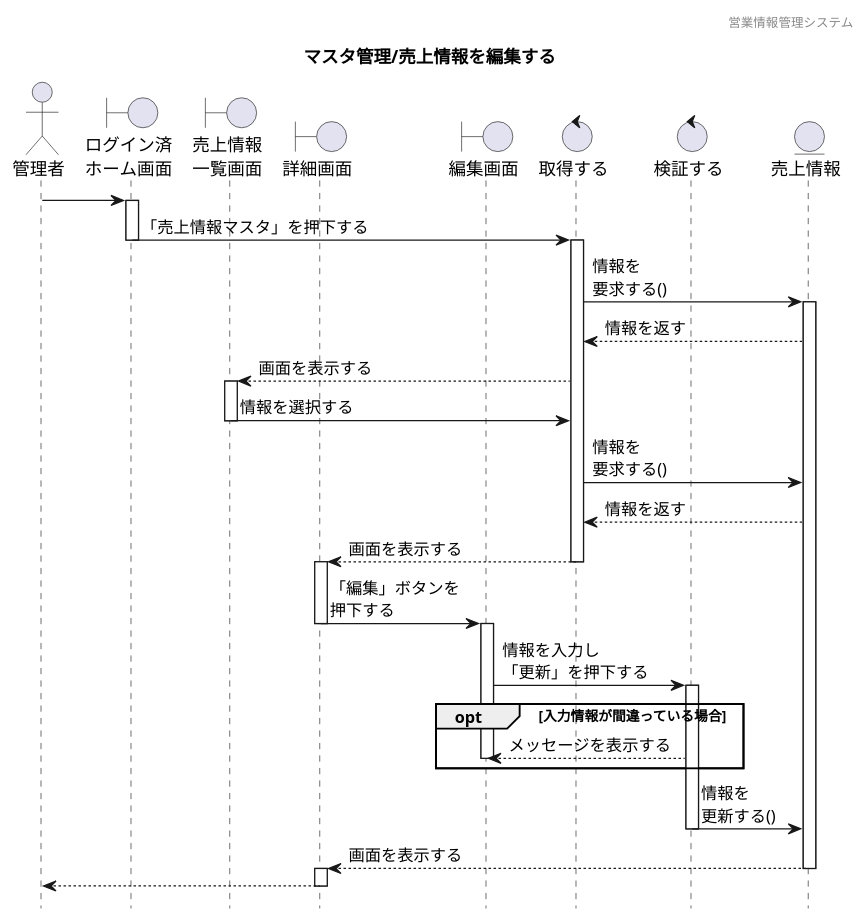
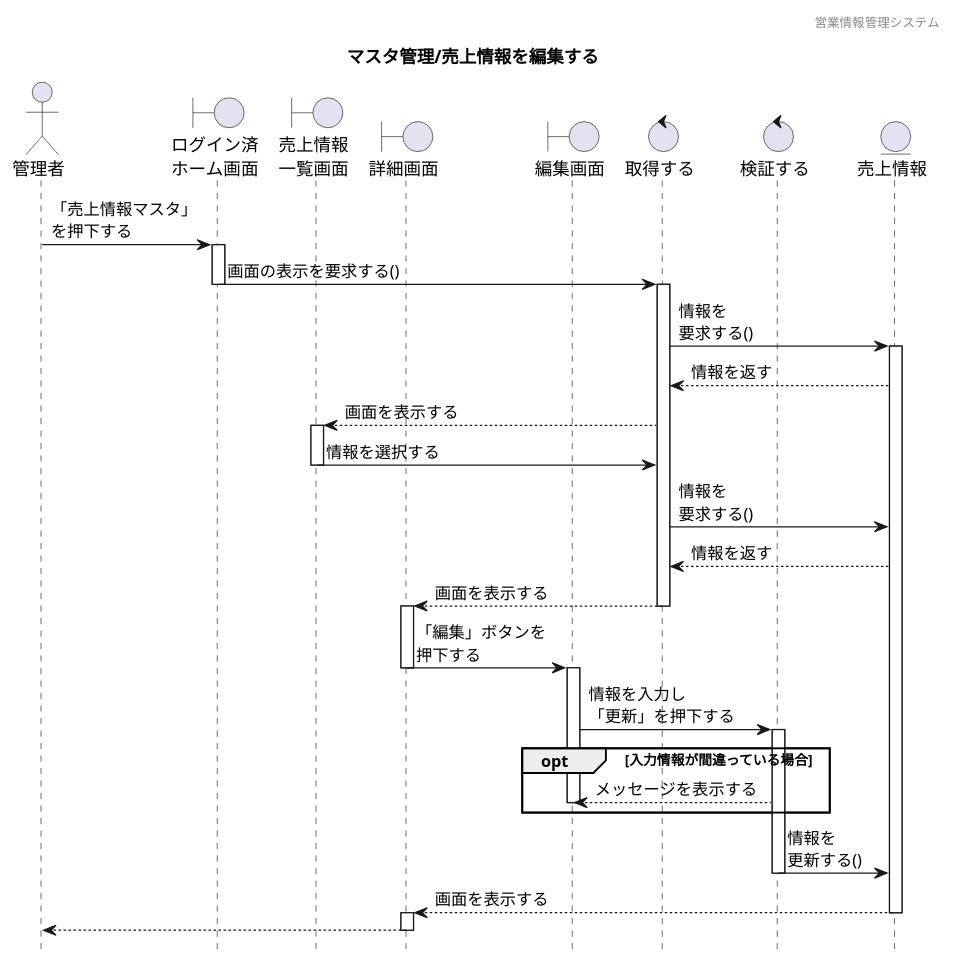
The diagram in 各種設計書/4シーケンス図/マスタ管理/6.売上情報マスタ/売上情報管理_編集.plantuml (HaruShim/Sotuken), drawn with PlantUML before and after one commit. The commit also changed 2 other files, not shown here.

```diff
--- a/各種設計書/4シーケンス図/マスタ管理/6.売上情報マスタ/売上情報管理_編集.plantuml
+++ b/各種設計書/4シーケンス図/マスタ管理/6.売上情報マスタ/売上情報管理_編集.plantuml
@@ -1,56 +1,56 @@
 @startuml sequence
 
 hide footbox
 header 営業情報管理システム
 title マスタ管理/売上情報を編集する
 
 ' actor "" as a
 actor "管理者" as a1
 
 ' boundary "" as b
 boundary "ログイン済\nホーム画面" as b1
 boundary "売上情報\n一覧画面" as b2
 boundary "詳細画面" as b3
 boundary "編集画面" as b4
 
 ' control "" as c
 control "取得する" as c1
 control "検証する" as c2
 
 ' entity "" as e
 entity "売上情報" as e1
 
-a1 -> b1
+a1 -> b1 :「売上情報マスタ」\nを押下する
 activate b1
-b1 -> c1:「売上情報マスタ」を押下する
+b1 -> c1 : 画面の表示を要求する()
 deactivate b1
 activate c1
 c1 -> e1:情報を\n要求する()
 activate e1
 e1 --> c1:情報を返す
 c1 --> b2:画面を表示する
 activate b2
 b2 -> c1:情報を選択する
 deactivate b2
 c1 -> e1:情報を\n要求する()
 e1 --> c1:情報を返す
 c1 --> b3:画面を表示する
 deactivate c1
 activate b3
 b3 -> b4:「編集」ボタンを\n押下する
 deactivate b3
 activate b4
 b4 -> c2:情報を入力し\n「更新」を押下する
 activate c2
 opt 入力情報が間違っている場合
 c2 --> b4:メッセージを表示する
 deactivate b4
 end
 c2 -> e1:情報を\n更新する()
 deactivate c2
 e1 --> b3:画面を表示する
 deactivate e1
 activate b3
 b3 --> a1
 deactivate b3
 @enduml
```
